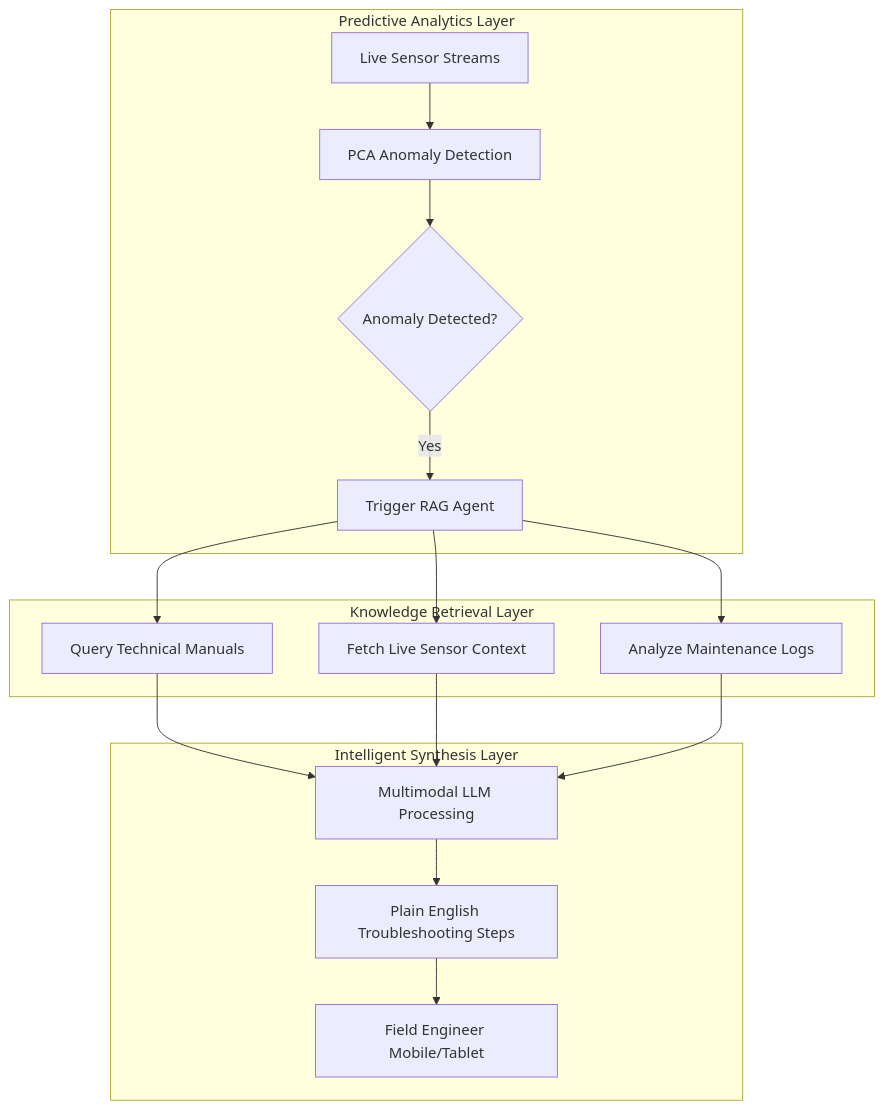
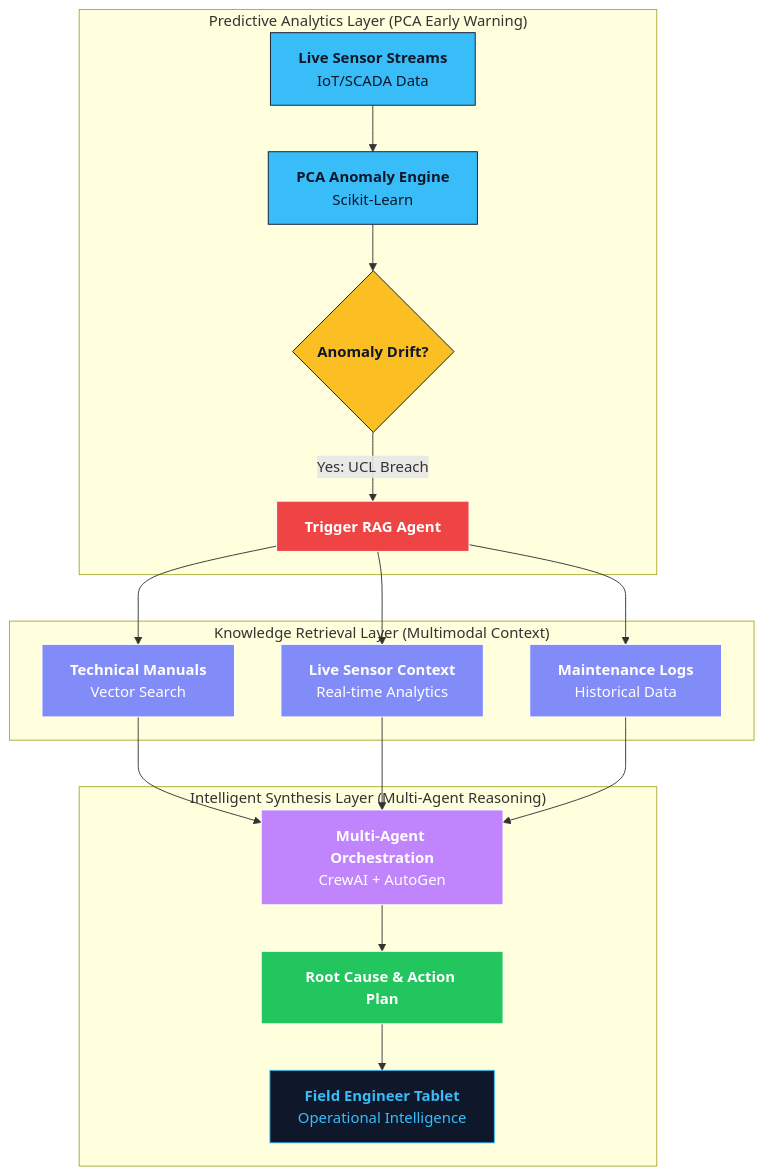
One commit to Aftab0904/Plant_GPT-Industrial-AI- changed the first of 2 diagrams in README.md. Above: the diagram before and after it, drawn with Mermaid.

Commit message:
Revamp System Workflow Visualization with colorful, layered Mermaid diagram

````diff
--- a/README.md
+++ b/README.md
@@ -28,22 +28,36 @@
 ```mermaid
 flowchart TD
-    subgraph "Predictive Analytics Layer"
-        A[Live Sensor Streams] --> B[PCA Anomaly Detection]
-        B --> C{Anomaly Detected?}
-        C -->|Yes| D[Trigger RAG Agent]
+    subgraph "Predictive Analytics Layer (PCA Early Warning)"
+        A[<b>Live Sensor Streams</b><br/>IoT/SCADA Data] --> B[<b>PCA Anomaly Engine</b><br/>Scikit-Learn]
+        B --> C{<b>Anomaly Drift?</b>}
+        C -->|Yes: UCL Breach| D[<b>Trigger RAG Agent</b>]
     end
 
-    subgraph "Knowledge Retrieval Layer"
-        D --> E[Query Technical Manuals]
-        D --> F[Fetch Live Sensor Context]
-        D --> G[Analyze Maintenance Logs]
+    subgraph "Knowledge Retrieval Layer (Multimodal Context)"
+        D --> E[<b>Technical Manuals</b><br/>Vector Search]
+        D --> F[<b>Live Sensor Context</b><br/>Real-time Analytics]
+        D --> G[<b>Maintenance Logs</b><br/>Historical Data]
     end
 
-    subgraph "Intelligent Synthesis Layer"
-        E --> H[Multimodal LLM Processing]
+    subgraph "Intelligent Synthesis Layer (Multi-Agent Reasoning)"
+        E --> H[<b>Multi-Agent Orchestration</b><br/>CrewAI + AutoGen]
         F --> H
         G --> H
-        H --> I[Plain English Troubleshooting Steps]
-        I --> J[Field Engineer Mobile/Tablet]
+        H --> I[<b>Root Cause & Action Plan</b>]
+        I --> J[<b>Field Engineer Tablet</b><br/>Operational Intelligence]
     end
+
+    %% Layer Styling
+    style A fill:#38bdf8,stroke:#0f172a,color:#0f172a
+    style B fill:#38bdf8,stroke:#0f172a,color:#0f172a
+    style C fill:#fbbf24,stroke:#0f172a,color:#0f172a
+    style D fill:#ef4444,stroke:#fff,color:#fff
+    
+    style E fill:#818cf8,stroke:#fff,color:#fff
+    style F fill:#818cf8,stroke:#fff,color:#fff
+    style G fill:#818cf8,stroke:#fff,color:#fff
+    
+    style H fill:#c084fc,stroke:#fff,color:#fff
+    style I fill:#22c55e,stroke:#fff,color:#fff
+    style J fill:#0f172a,stroke:#38bdf8,color:#38bdf8
 ```
````
